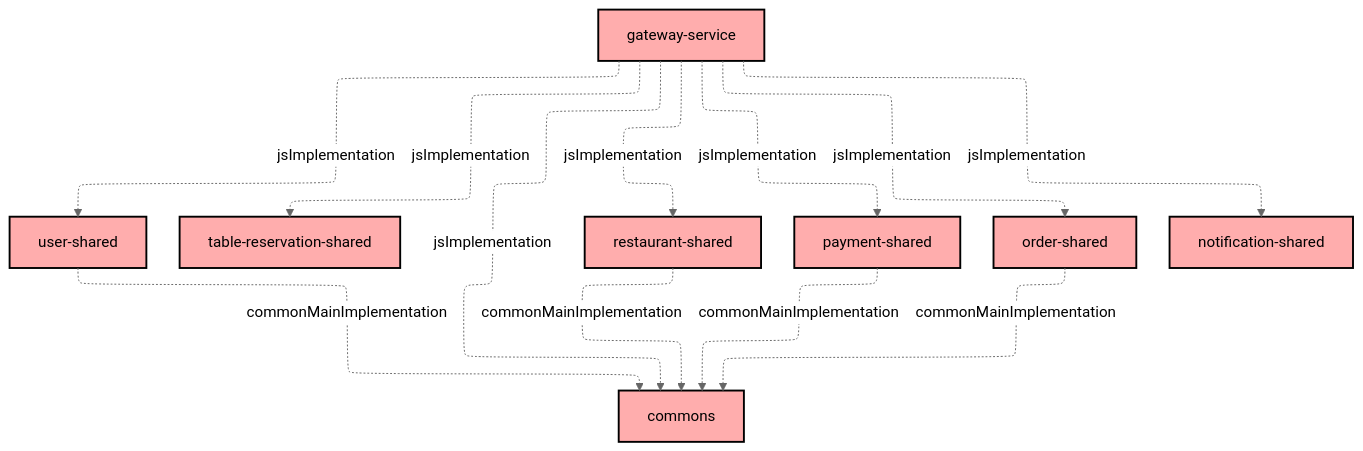
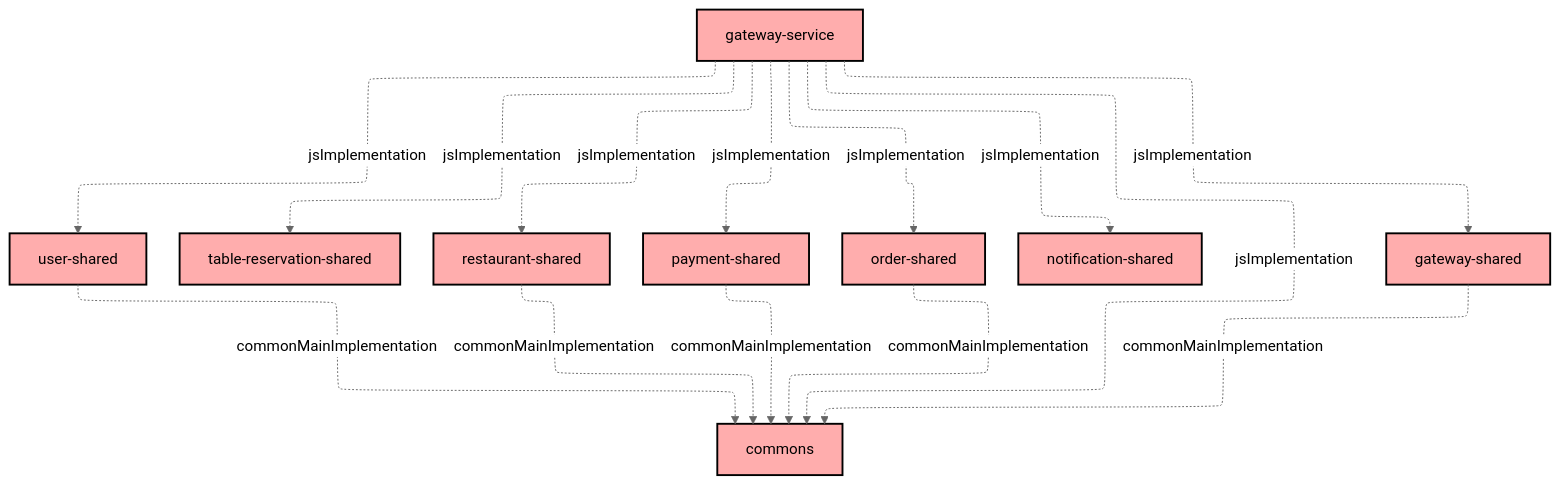
One commit to Norby99/munchies changed the diagram in gateway-service/README.md. Above: the diagram before and after it, drawn with Mermaid (neutral theme). The commit also changed 17 other files, not shown here.

````diff
--- a/gateway-service/README.md
+++ b/gateway-service/README.md
@@ -6,31 +6,34 @@
 ```mermaid
 ---
 config:
   layout: elk
   elk:
     nodePlacementStrategy: SIMPLE
 ---
 graph TB
   :user-shared[user-shared]:::unknown
   :table-reservation-shared[table-reservation-shared]:::unknown
   :restaurant-shared[restaurant-shared]:::unknown
   :payment-shared[payment-shared]:::unknown
   :order-shared[order-shared]:::unknown
   :notification-shared[notification-shared]:::unknown
+  :gateway-shared[gateway-shared]:::unknown
   :gateway-service[gateway-service]:::unknown
   :commons[commons]:::unknown
 
   :gateway-service -.->|jsImplementation| :commons
+  :gateway-service -.->|jsImplementation| :gateway-shared
   :gateway-service -.->|jsImplementation| :notification-shared
   :gateway-service -.->|jsImplementation| :order-shared
   :gateway-service -.->|jsImplementation| :payment-shared
   :gateway-service -.->|jsImplementation| :restaurant-shared
   :gateway-service -.->|jsImplementation| :table-reservation-shared
   :gateway-service -.->|jsImplementation| :user-shared
+  :gateway-shared -.->|commonMainImplementation| :commons
   :order-shared -.->|commonMainImplementation| :commons
   :payment-shared -.->|commonMainImplementation| :commons
   :restaurant-shared -.->|commonMainImplementation| :commons
   :user-shared -.->|commonMainImplementation| :commons
 
 classDef unknown fill:#FFADAD,stroke:#000,stroke-width:2px,color:#000;
 ```
````
